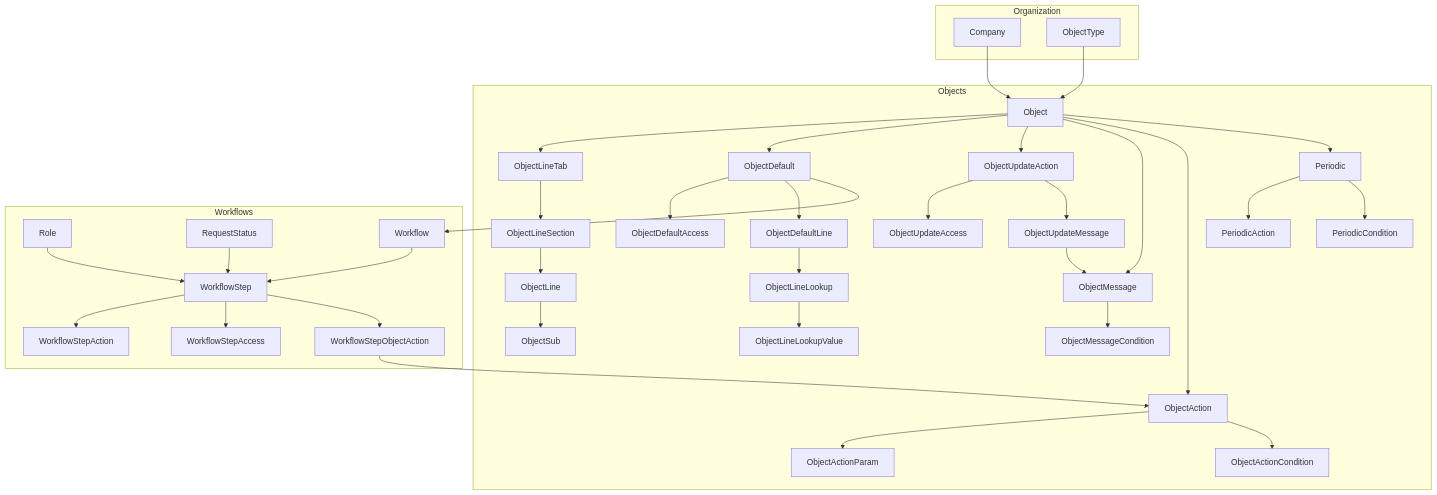
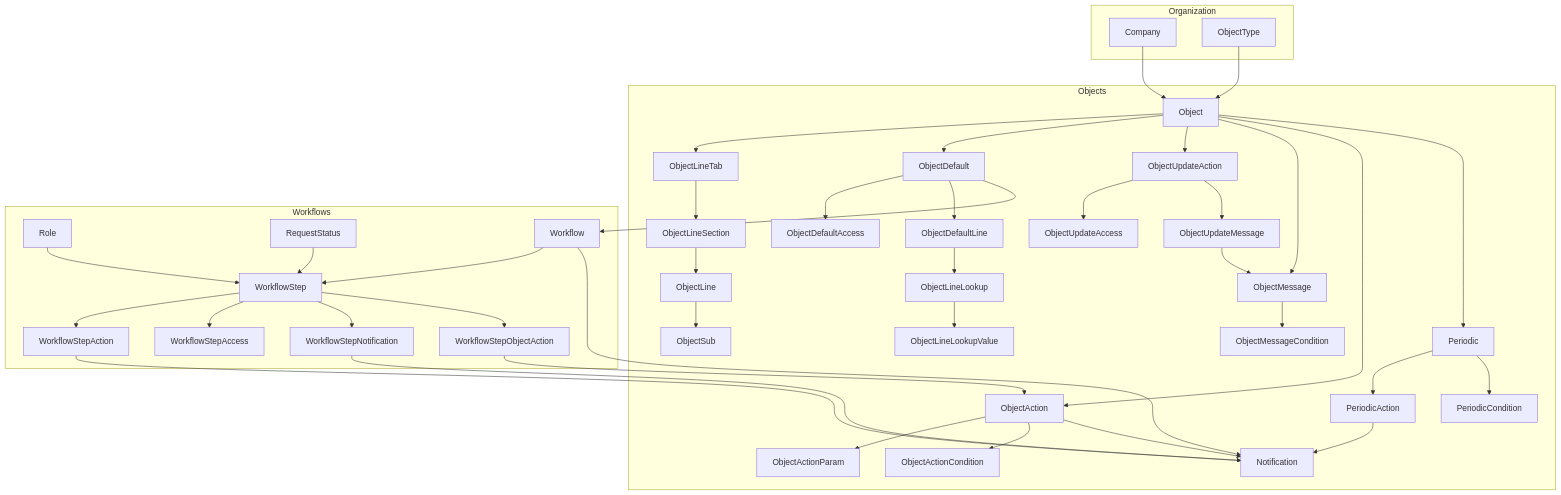
Before and after one commit to IntelStudios/xeelo-skills: the diagram in docs/01-entity-hierarchy.md, drawn with Mermaid. The commit also changed other lines of this file and 30 other files, not shown here.

````diff
--- a/docs/01-entity-hierarchy.md
+++ b/docs/01-entity-hierarchy.md
@@ -5,46 +5,52 @@
 ```mermaid
 flowchart TB
   subgraph org [Organization]
     Company
     ObjectType
   end
   subgraph objects [Objects]
     Object
     Object --> ObjectLineTab
     ObjectLineTab --> ObjectLineSection
     ObjectLineSection --> ObjectLine
     ObjectLine --> ObjectSub
     Object --> ObjectDefault
     ObjectDefault --> ObjectDefaultAccess
     ObjectDefault --> ObjectDefaultLine
     Object --> ObjectUpdateAction
     ObjectUpdateAction --> ObjectUpdateAccess
     ObjectUpdateAction --> ObjectUpdateMessage
     Object --> ObjectMessage
     ObjectMessage --> ObjectMessageCondition
     ObjectUpdateMessage --> ObjectMessage
     Object --> ObjectAction
     ObjectAction --> ObjectActionParam
     ObjectAction --> ObjectActionCondition
     Object --> Periodic
     Periodic --> PeriodicAction
+    PeriodicAction --> Notification
+    ObjectAction --> Notification
     Periodic --> PeriodicCondition
     ObjectLineLookup --> ObjectLineLookupValue
     ObjectDefaultLine --> ObjectLineLookup
   end
   subgraph wf [Workflows]
     Role
     RequestStatus
     Workflow
     Workflow --> WorkflowStep
+    Workflow --> Notification
     WorkflowStep --> WorkflowStepAction
     WorkflowStep --> WorkflowStepAccess
+    WorkflowStep --> WorkflowStepNotification
     WorkflowStep --> WorkflowStepObjectAction
+    WorkflowStepAction --> Notification
+    WorkflowStepNotification --> Notification
     WorkflowStepObjectAction --> ObjectAction
     ObjectDefault --> Workflow
   end
   Company --> Object
   ObjectType --> Object
   Role --> WorkflowStep
   RequestStatus --> WorkflowStep
 ```
````
